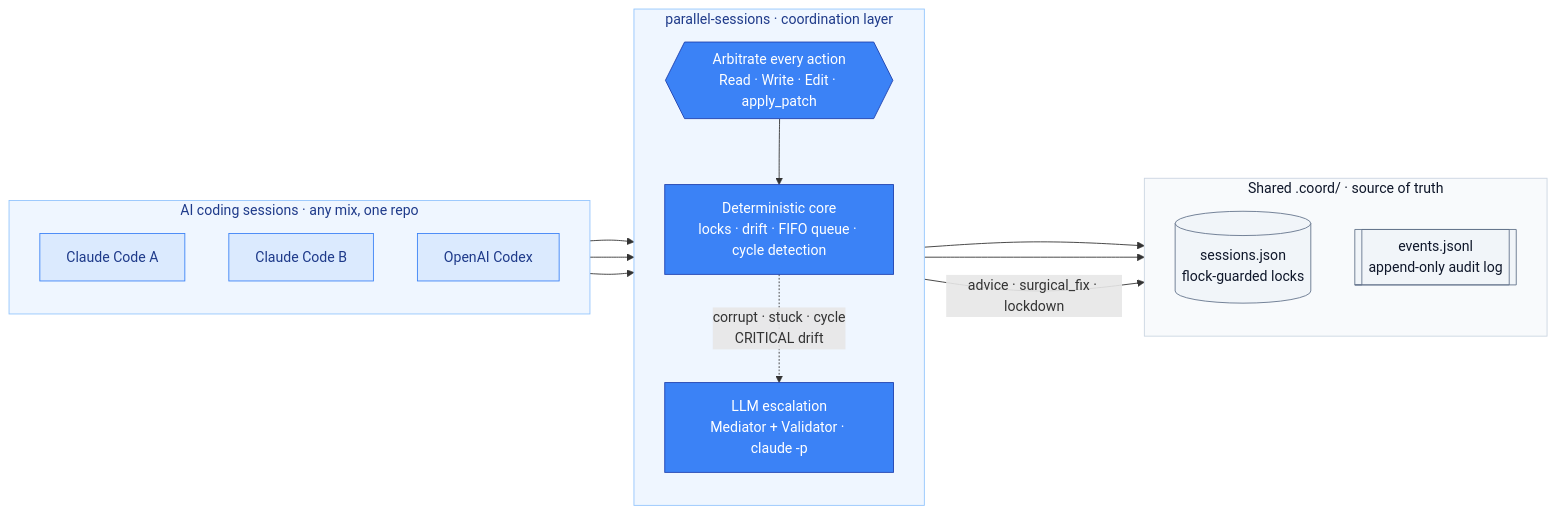
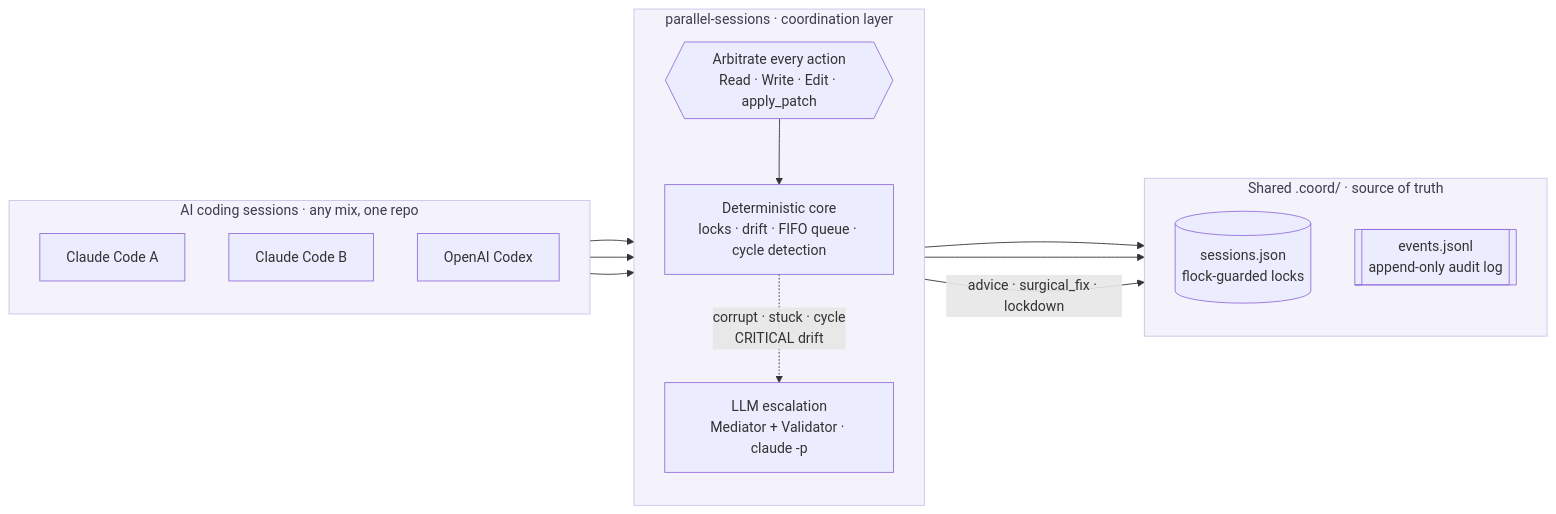
The first of 3 diagrams in README.md (ModuleXAI/parallel-sessions), drawn with Mermaid before and after one commit. The commit also changed other lines of this file and 1 other file, not shown here.

Commit message:
docs(readme): add hero banner + restyle Figure 1 to match Figures 2–3
- Add assets/parallel-agents.png as a full-width hero banner above the
  title (fills the space the removed ModuleX logo left)
- Restyle Figure 1: drop the custom blue classDef and yellow subgraph
  frames; use mermaid's default lavender node theme with subtle frames so
  the architecture diagram reads as one family with the sequence (Fig 2)
  and state (Fig 3) diagrams

````diff
--- a/README.md
+++ b/README.md
@@ -45,41 +49,35 @@
 ```mermaid
 flowchart LR
   subgraph AGENTS["AI coding sessions · any mix, one repo"]
     direction TB
     C1["Claude Code A"]
     C2["Claude Code B"]
     X1["OpenAI Codex"]
   end
 
   subgraph COORD["parallel-sessions · coordination layer"]
     direction TB
     GATE{{"Arbitrate every action<br/>Read · Write · Edit · apply_patch"}}
     DET["Deterministic core<br/>locks · drift · FIFO queue · cycle detection"]
     ESC["LLM escalation<br/>Mediator + Validator · claude -p"]
     GATE --> DET
     DET -. "corrupt · stuck · cycle<br/>CRITICAL drift" .-> ESC
   end
 
   subgraph STATE["Shared .coord/ · source of truth"]
     direction TB
     SESS[("sessions.json<br/>flock-guarded locks")]
     LOG[["events.jsonl<br/>append-only audit log"]]
   end
 
   C1 --> GATE
   C2 --> GATE
   X1 --> GATE
   DET --> SESS
   DET --> LOG
   ESC -- "advice · surgical_fix · lockdown" --> SESS
 
-  classDef agent fill:#DBEAFE,stroke:#3B82F6,stroke-width:1px,color:#1E3A8A
-  classDef core fill:#3B82F6,stroke:#1E40AF,stroke-width:1px,color:#FFFFFF
-  classDef store fill:#F1F5F9,stroke:#64748B,stroke-width:1px,color:#0F172A
-  class C1,C2,X1 agent
-  class GATE,DET,ESC core
-  class SESS,LOG store
-  style AGENTS fill:#EFF6FF,stroke:#93C5FD,color:#1E3A8A
-  style COORD fill:#EFF6FF,stroke:#93C5FD,color:#1E3A8A
-  style STATE fill:#F8FAFC,stroke:#CBD5E1,color:#0F172A
+  style AGENTS fill:#F4F2FB,stroke:#C9C4E8,color:#3B3B4F
+  style COORD fill:#F4F2FB,stroke:#C9C4E8,color:#3B3B4F
+  style STATE fill:#F4F2FB,stroke:#C9C4E8,color:#3B3B4F
 ```
````
